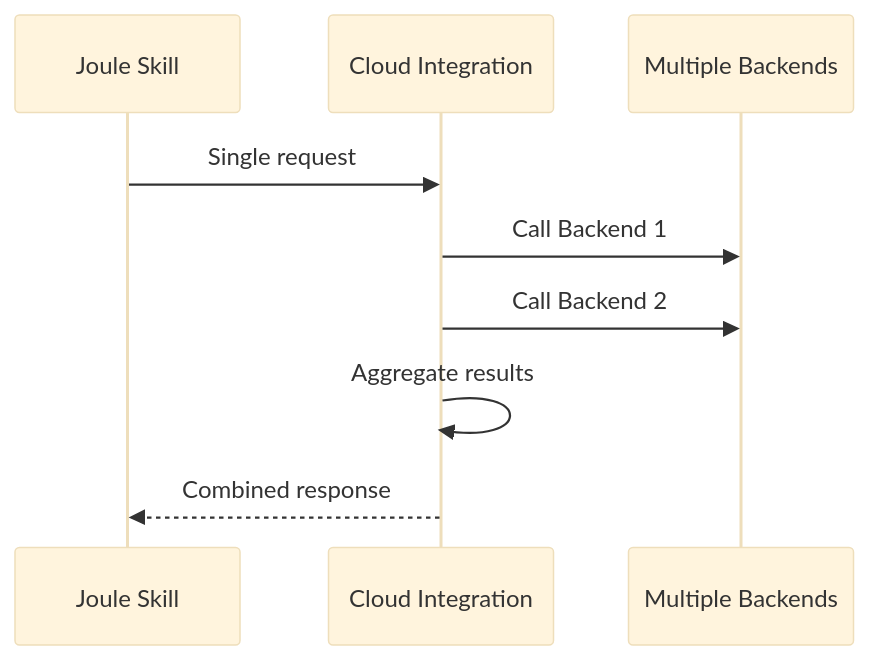
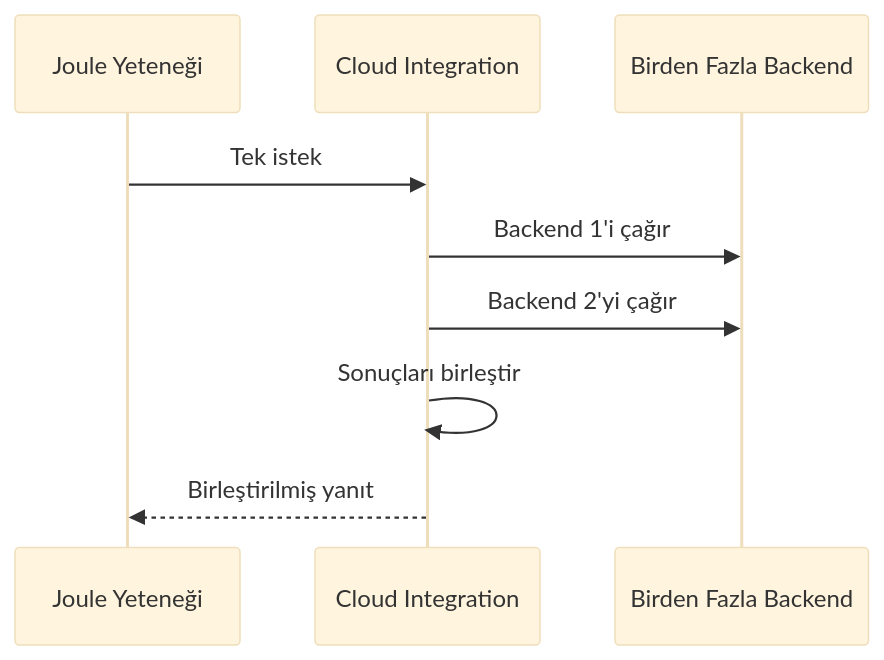
Before and after one commit to beyhanmeyrali/sap-all: the seventh of 8 diagrams in Technical Tutorials/BTP/TR/chapters/15-integration-suite.md, drawn with Mermaid (base theme). The commit also changed other lines of this file and 11 other files, not shown here.

````diff
--- a/Technical Tutorials/BTP/TR/chapters/15-integration-suite.md
+++ b/Technical Tutorials/BTP/TR/chapters/15-integration-suite.md
@@ -269,12 +269,12 @@
 ```mermaid
 sequenceDiagram
-    participant J as Joule Skill
+    participant J as Joule Yeteneği
     participant CPI as Cloud Integration
-    participant M as Multiple Backends
+    participant M as Birden Fazla Backend
 
-    J->>CPI: Single request
-    CPI->>M: Call Backend 1
-    CPI->>M: Call Backend 2
-    CPI->>CPI: Aggregate results
-    CPI-->>J: Combined response
+    J->>CPI: Tek istek
+    CPI->>M: Backend 1'i çağır
+    CPI->>M: Backend 2'yi çağır
+    CPI->>CPI: Sonuçları birleştir
+    CPI-->>J: Birleştirilmiş yanıt
 ```
````
